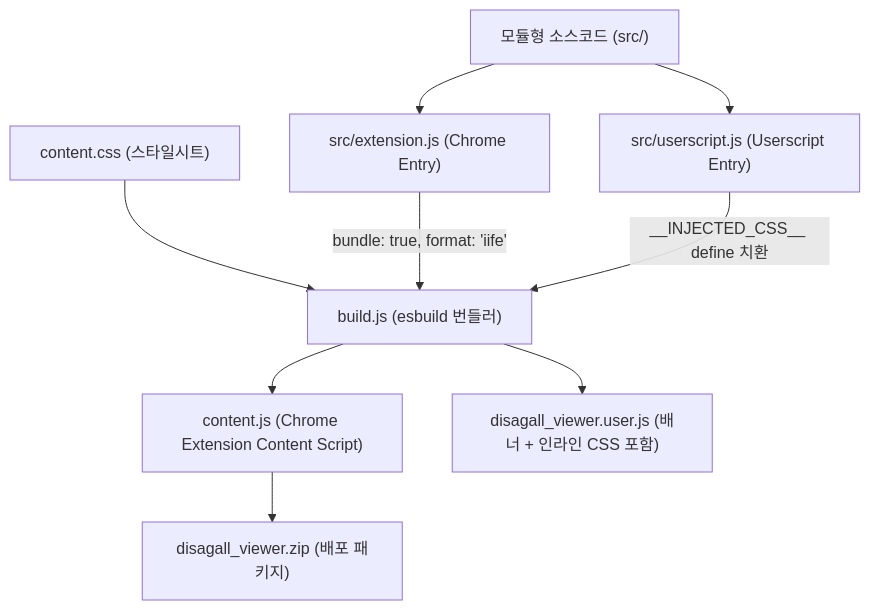
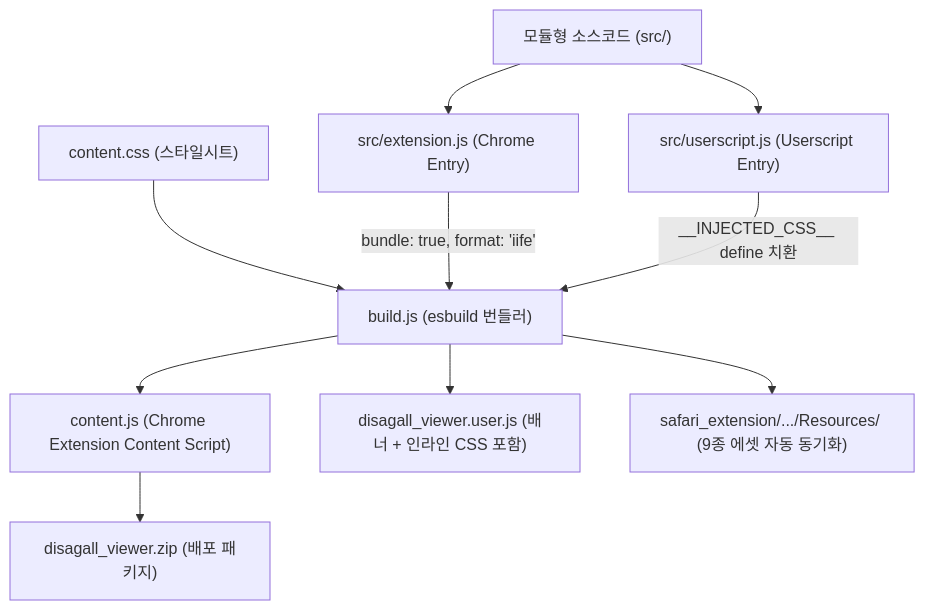
Before and after one commit to widegather1216/disagall_viewer: the diagram in docs/features/modular-bundler-migration/architecture.md, drawn with Mermaid. The commit also changed other lines of this file and 20 other files, not shown here.

````diff
--- a/docs/features/modular-bundler-migration/architecture.md
+++ b/docs/features/modular-bundler-migration/architecture.md
@@ -5,14 +5,15 @@
 ```mermaid
 flowchart TD
     SrcModules["모듈형 소스코드 (src/)"] --> EntryExt["src/extension.js (Chrome Entry)"]
     SrcModules --> EntryUser["src/userscript.js (Userscript Entry)"]
     CSS["content.css (스타일시트)"] --> Build["build.js (esbuild 번들러)"]
     
     EntryExt -->|bundle: true, format: 'iife'| Build
     EntryUser -->|__INJECTED_CSS__ define 치환| Build
     
     Build --> ExtBundle["content.js (Chrome Extension Content Script)"]
     Build --> UserBundle["disagall_viewer.user.js (배너 + 인라인 CSS 포함)"]
+    Build --> SafariSync["safari_extension/.../Resources/ (9종 에셋 자동 동기화)"]
     
     ExtBundle --> DistZip["disagall_viewer.zip (배포 패키지)"]
 ```
````
